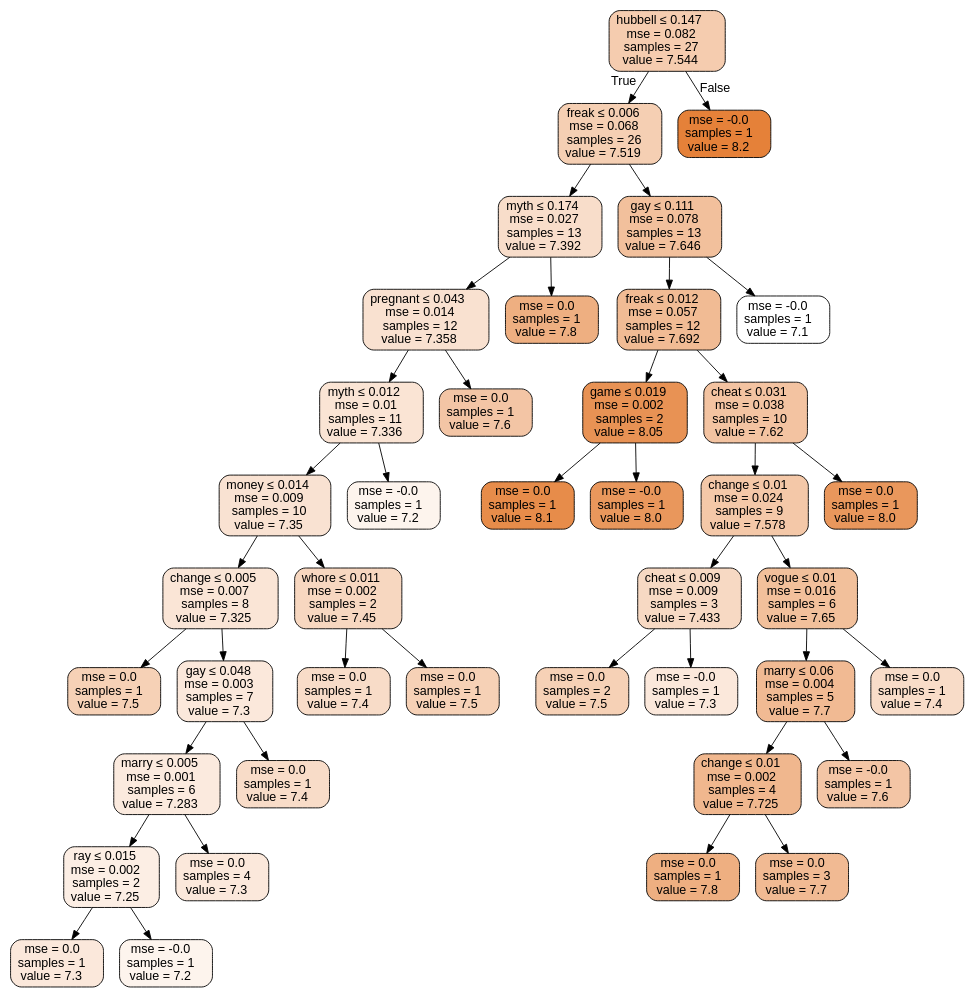
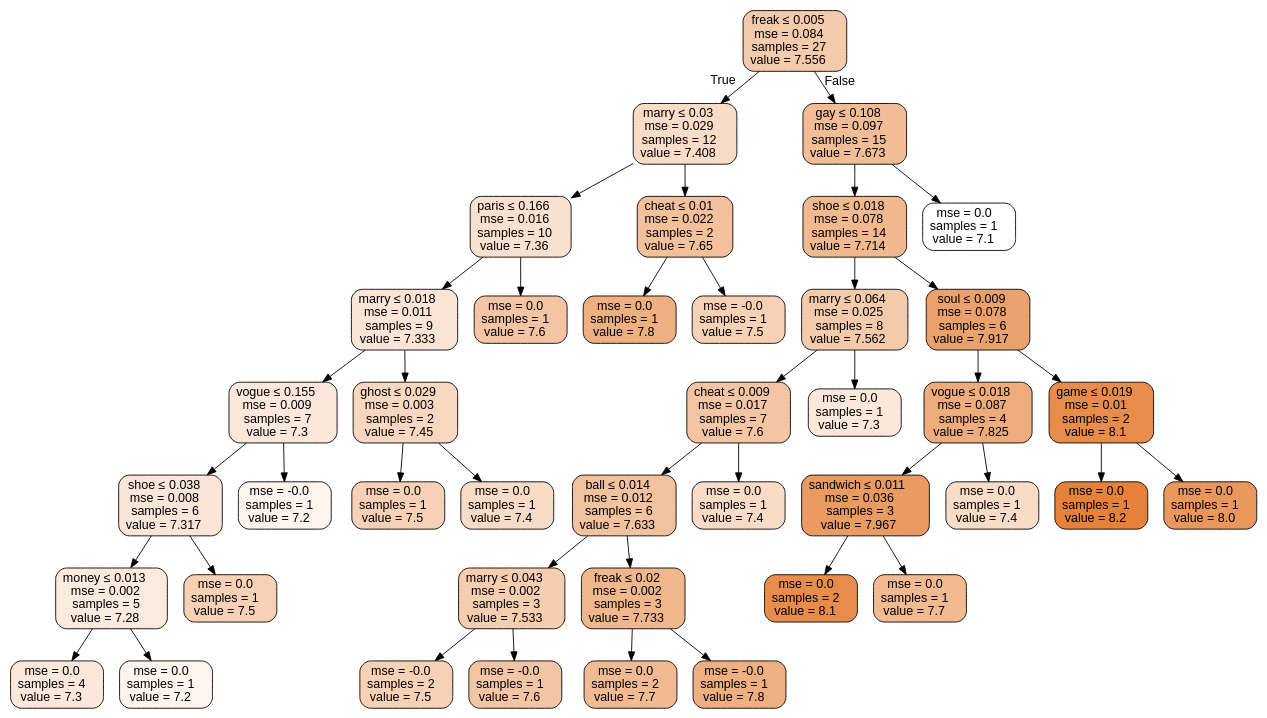
One commit to ranilovi/SATC_rating_prediction changed the diagram in boston_tree.dot. Above: the diagram before and after it, drawn with Graphviz. The commit also changed 5 other files, not shown here.

```diff
--- a/boston_tree.dot
+++ b/boston_tree.dot
@@ -1,85 +1,85 @@
 digraph Tree {
 node [shape=box, style="filled, rounded", color="black", fontname=helvetica] ;
 edge [fontname=helvetica] ;
-0 [label=<hubbell &le; 0.147<br/>mse = 0.082<br/>samples = 27<br/>value = 7.544>, fillcolor="#e5813967"] ;
-1 [label=<freak &le; 0.006<br/>mse = 0.068<br/>samples = 26<br/>value = 7.519>, fillcolor="#e5813961"] ;
+0 [label=<freak &le; 0.005<br/>mse = 0.084<br/>samples = 27<br/>value = 7.556>, fillcolor="#e581396a"] ;
+1 [label=<marry &le; 0.03<br/>mse = 0.029<br/>samples = 12<br/>value = 7.408>, fillcolor="#e5813947"] ;
 0 -> 1 [labeldistance=2.5, labelangle=45, headlabel="True"] ;
-2 [label=<myth &le; 0.174<br/>mse = 0.027<br/>samples = 13<br/>value = 7.392>, fillcolor="#e5813944"] ;
+2 [label=<paris &le; 0.166<br/>mse = 0.016<br/>samples = 10<br/>value = 7.36>, fillcolor="#e581393c"] ;
 1 -> 2 ;
-3 [label=<pregnant &le; 0.043<br/>mse = 0.014<br/>samples = 12<br/>value = 7.358>, fillcolor="#e581393c"] ;
+3 [label=<marry &le; 0.018<br/>mse = 0.011<br/>samples = 9<br/>value = 7.333>, fillcolor="#e5813936"] ;
 2 -> 3 ;
-4 [label=<myth &le; 0.012<br/>mse = 0.01<br/>samples = 11<br/>value = 7.336>, fillcolor="#e5813937"] ;
+4 [label=<vogue &le; 0.155<br/>mse = 0.009<br/>samples = 7<br/>value = 7.3>, fillcolor="#e581392e"] ;
 3 -> 4 ;
-5 [label=<money &le; 0.014<br/>mse = 0.009<br/>samples = 10<br/>value = 7.35>, fillcolor="#e581393a"] ;
+5 [label=<shoe &le; 0.038<br/>mse = 0.008<br/>samples = 6<br/>value = 7.317>, fillcolor="#e5813932"] ;
 4 -> 5 ;
-6 [label=<change &le; 0.005<br/>mse = 0.007<br/>samples = 8<br/>value = 7.325>, fillcolor="#e5813934"] ;
+6 [label=<money &le; 0.013<br/>mse = 0.002<br/>samples = 5<br/>value = 7.28>, fillcolor="#e581392a"] ;
 5 -> 6 ;
-7 [label=<mse = 0.0<br/>samples = 1<br/>value = 7.5>, fillcolor="#e581395d"] ;
+7 [label=<mse = 0.0<br/>samples = 4<br/>value = 7.3>, fillcolor="#e581392e"] ;
 6 -> 7 ;
-8 [label=<gay &le; 0.048<br/>mse = 0.003<br/>samples = 7<br/>value = 7.3>, fillcolor="#e581392e"] ;
+8 [label=<mse = 0.0<br/>samples = 1<br/>value = 7.2>, fillcolor="#e5813917"] ;
 6 -> 8 ;
-9 [label=<marry &le; 0.005<br/>mse = 0.001<br/>samples = 6<br/>value = 7.283>, fillcolor="#e581392a"] ;
-8 -> 9 ;
-10 [label=<ray &le; 0.015<br/>mse = 0.002<br/>samples = 2<br/>value = 7.25>, fillcolor="#e5813923"] ;
-9 -> 10 ;
-11 [label=<mse = 0.0<br/>samples = 1<br/>value = 7.3>, fillcolor="#e581392e"] ;
-10 -> 11 ;
-12 [label=<mse = -0.0<br/>samples = 1<br/>value = 7.2>, fillcolor="#e5813917"] ;
-10 -> 12 ;
-13 [label=<mse = 0.0<br/>samples = 4<br/>value = 7.3>, fillcolor="#e581392e"] ;
-9 -> 13 ;
-14 [label=<mse = 0.0<br/>samples = 1<br/>value = 7.4>, fillcolor="#e5813946"] ;
-8 -> 14 ;
-15 [label=<whore &le; 0.011<br/>mse = 0.002<br/>samples = 2<br/>value = 7.45>, fillcolor="#e5813951"] ;
-5 -> 15 ;
-16 [label=<mse = 0.0<br/>samples = 1<br/>value = 7.4>, fillcolor="#e5813946"] ;
+9 [label=<mse = 0.0<br/>samples = 1<br/>value = 7.5>, fillcolor="#e581395d"] ;
+5 -> 9 ;
+10 [label=<mse = -0.0<br/>samples = 1<br/>value = 7.2>, fillcolor="#e5813917"] ;
+4 -> 10 ;
+11 [label=<ghost &le; 0.029<br/>mse = 0.003<br/>samples = 2<br/>value = 7.45>, fillcolor="#e5813951"] ;
+3 -> 11 ;
+12 [label=<mse = 0.0<br/>samples = 1<br/>value = 7.5>, fillcolor="#e581395d"] ;
+11 -> 12 ;
+13 [label=<mse = 0.0<br/>samples = 1<br/>value = 7.4>, fillcolor="#e5813946"] ;
+11 -> 13 ;
+14 [label=<mse = 0.0<br/>samples = 1<br/>value = 7.6>, fillcolor="#e5813974"] ;
+2 -> 14 ;
+15 [label=<cheat &le; 0.01<br/>mse = 0.022<br/>samples = 2<br/>value = 7.65>, fillcolor="#e5813980"] ;
+1 -> 15 ;
+16 [label=<mse = 0.0<br/>samples = 1<br/>value = 7.8>, fillcolor="#e58139a2"] ;
 15 -> 16 ;
-17 [label=<mse = 0.0<br/>samples = 1<br/>value = 7.5>, fillcolor="#e581395d"] ;
+17 [label=<mse = -0.0<br/>samples = 1<br/>value = 7.5>, fillcolor="#e581395d"] ;
 15 -> 17 ;
-18 [label=<mse = -0.0<br/>samples = 1<br/>value = 7.2>, fillcolor="#e5813917"] ;
-4 -> 18 ;
-19 [label=<mse = 0.0<br/>samples = 1<br/>value = 7.6>, fillcolor="#e5813974"] ;
-3 -> 19 ;
-20 [label=<mse = 0.0<br/>samples = 1<br/>value = 7.8>, fillcolor="#e58139a2"] ;
-2 -> 20 ;
-21 [label=<gay &le; 0.111<br/>mse = 0.078<br/>samples = 13<br/>value = 7.646>, fillcolor="#e581397f"] ;
-1 -> 21 ;
-22 [label=<freak &le; 0.012<br/>mse = 0.057<br/>samples = 12<br/>value = 7.692>, fillcolor="#e5813989"] ;
+18 [label=<gay &le; 0.108<br/>mse = 0.097<br/>samples = 15<br/>value = 7.673>, fillcolor="#e5813985"] ;
+0 -> 18 [labeldistance=2.5, labelangle=-45, headlabel="False"] ;
+19 [label=<shoe &le; 0.018<br/>mse = 0.078<br/>samples = 14<br/>value = 7.714>, fillcolor="#e581398e"] ;
+18 -> 19 ;
+20 [label=<marry &le; 0.064<br/>mse = 0.025<br/>samples = 8<br/>value = 7.562>, fillcolor="#e581396b"] ;
+19 -> 20 ;
+21 [label=<cheat &le; 0.009<br/>mse = 0.017<br/>samples = 7<br/>value = 7.6>, fillcolor="#e5813974"] ;
+20 -> 21 ;
+22 [label=<ball &le; 0.014<br/>mse = 0.012<br/>samples = 6<br/>value = 7.633>, fillcolor="#e581397c"] ;
 21 -> 22 ;
-23 [label=<game &le; 0.019<br/>mse = 0.002<br/>samples = 2<br/>value = 8.05>, fillcolor="#e58139dc"] ;
+23 [label=<marry &le; 0.043<br/>mse = 0.002<br/>samples = 3<br/>value = 7.533>, fillcolor="#e5813964"] ;
 22 -> 23 ;
-24 [label=<mse = 0.0<br/>samples = 1<br/>value = 8.1>, fillcolor="#e58139e8"] ;
+24 [label=<mse = -0.0<br/>samples = 2<br/>value = 7.5>, fillcolor="#e581395d"] ;
 23 -> 24 ;
-25 [label=<mse = -0.0<br/>samples = 1<br/>value = 8.0>, fillcolor="#e58139d1"] ;
+25 [label=<mse = -0.0<br/>samples = 1<br/>value = 7.6>, fillcolor="#e5813974"] ;
 23 -> 25 ;
-26 [label=<cheat &le; 0.031<br/>mse = 0.038<br/>samples = 10<br/>value = 7.62>, fillcolor="#e5813979"] ;
+26 [label=<freak &le; 0.02<br/>mse = 0.002<br/>samples = 3<br/>value = 7.733>, fillcolor="#e5813993"] ;
 22 -> 26 ;
-27 [label=<change &le; 0.01<br/>mse = 0.024<br/>samples = 9<br/>value = 7.578>, fillcolor="#e581396f"] ;
+27 [label=<mse = 0.0<br/>samples = 2<br/>value = 7.7>, fillcolor="#e581398b"] ;
 26 -> 27 ;
-28 [label=<cheat &le; 0.009<br/>mse = 0.009<br/>samples = 3<br/>value = 7.433>, fillcolor="#e581394d"] ;
-27 -> 28 ;
-29 [label=<mse = 0.0<br/>samples = 2<br/>value = 7.5>, fillcolor="#e581395d"] ;
-28 -> 29 ;
-30 [label=<mse = -0.0<br/>samples = 1<br/>value = 7.3>, fillcolor="#e581392e"] ;
-28 -> 30 ;
-31 [label=<vogue &le; 0.01<br/>mse = 0.016<br/>samples = 6<br/>value = 7.65>, fillcolor="#e5813980"] ;
-27 -> 31 ;
-32 [label=<marry &le; 0.06<br/>mse = 0.004<br/>samples = 5<br/>value = 7.7>, fillcolor="#e581398b"] ;
+28 [label=<mse = -0.0<br/>samples = 1<br/>value = 7.8>, fillcolor="#e58139a2"] ;
+26 -> 28 ;
+29 [label=<mse = 0.0<br/>samples = 1<br/>value = 7.4>, fillcolor="#e5813946"] ;
+21 -> 29 ;
+30 [label=<mse = 0.0<br/>samples = 1<br/>value = 7.3>, fillcolor="#e581392e"] ;
+20 -> 30 ;
+31 [label=<soul &le; 0.009<br/>mse = 0.078<br/>samples = 6<br/>value = 7.917>, fillcolor="#e58139bd"] ;
+19 -> 31 ;
+32 [label=<vogue &le; 0.018<br/>mse = 0.087<br/>samples = 4<br/>value = 7.825>, fillcolor="#e58139a8"] ;
 31 -> 32 ;
-33 [label=<change &le; 0.01<br/>mse = 0.002<br/>samples = 4<br/>value = 7.725>, fillcolor="#e5813991"] ;
+33 [label=<sandwich &le; 0.011<br/>mse = 0.036<br/>samples = 3<br/>value = 7.967>, fillcolor="#e58139c9"] ;
 32 -> 33 ;
-34 [label=<mse = 0.0<br/>samples = 1<br/>value = 7.8>, fillcolor="#e58139a2"] ;
+34 [label=<mse = 0.0<br/>samples = 2<br/>value = 8.1>, fillcolor="#e58139e8"] ;
 33 -> 34 ;
-35 [label=<mse = 0.0<br/>samples = 3<br/>value = 7.7>, fillcolor="#e581398b"] ;
+35 [label=<mse = 0.0<br/>samples = 1<br/>value = 7.7>, fillcolor="#e581398b"] ;
 33 -> 35 ;
-36 [label=<mse = -0.0<br/>samples = 1<br/>value = 7.6>, fillcolor="#e5813974"] ;
+36 [label=<mse = 0.0<br/>samples = 1<br/>value = 7.4>, fillcolor="#e5813946"] ;
 32 -> 36 ;
-37 [label=<mse = 0.0<br/>samples = 1<br/>value = 7.4>, fillcolor="#e5813946"] ;
+37 [label=<game &le; 0.019<br/>mse = 0.01<br/>samples = 2<br/>value = 8.1>, fillcolor="#e58139e8"] ;
 31 -> 37 ;
-38 [label=<mse = 0.0<br/>samples = 1<br/>value = 8.0>, fillcolor="#e58139d1"] ;
-26 -> 38 ;
-39 [label=<mse = -0.0<br/>samples = 1<br/>value = 7.1>, fillcolor="#e5813900"] ;
-21 -> 39 ;
-40 [label=<mse = -0.0<br/>samples = 1<br/>value = 8.2>, fillcolor="#e58139ff"] ;
-0 -> 40 [labeldistance=2.5, labelangle=-45, headlabel="False"] ;
+38 [label=<mse = 0.0<br/>samples = 1<br/>value = 8.2>, fillcolor="#e58139ff"] ;
+37 -> 38 ;
+39 [label=<mse = 0.0<br/>samples = 1<br/>value = 8.0>, fillcolor="#e58139d1"] ;
+37 -> 39 ;
+40 [label=<mse = 0.0<br/>samples = 1<br/>value = 7.1>, fillcolor="#e5813900"] ;
+18 -> 40 ;
 }
```
